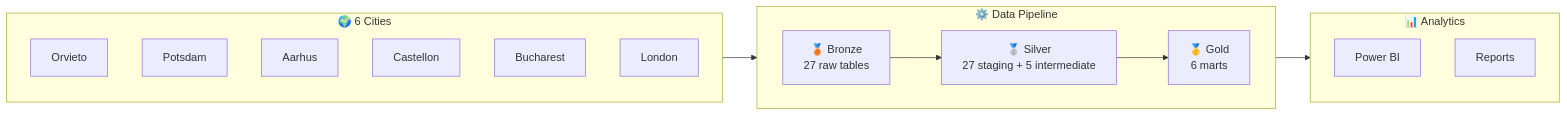
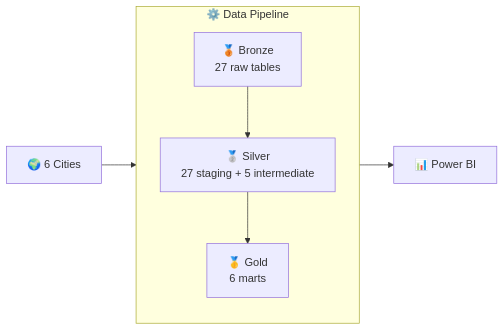
Before and after one commit to HCHODUBLIN/divaircity-data-framework: the diagram in README.md, drawn with Mermaid.

Commit message:
Simplify architecture diagram in README

````diff
--- a/README.md
+++ b/README.md
@@ -35,28 +35,16 @@
 ```mermaid
 flowchart LR
-    subgraph Sources["🌍 6 Cities"]
-        direction TB
-        O[Orvieto]
-        P[Potsdam]
-        A[Aarhus]
-        C[Castellon]
-        B[Bucharest]
-        L[London]
-    end
+    Sources["🌍 6 Cities"]
 
     subgraph Pipeline["⚙️ Data Pipeline"]
-        direction LR
+        direction TB
         Bronze["🥉 Bronze<br/>27 raw tables"]
         Silver["🥈 Silver<br/>27 staging + 5 intermediate"]
         Gold["🥇 Gold<br/>6 marts"]
         Bronze --> Silver --> Gold
     end
 
-    subgraph Output["📊 Analytics"]
-        direction TB
-        PBI[Power BI]
-        API[Reports]
-    end
+    Output["📊 Power BI"]
 
     Sources --> Pipeline --> Output
 ```
````
